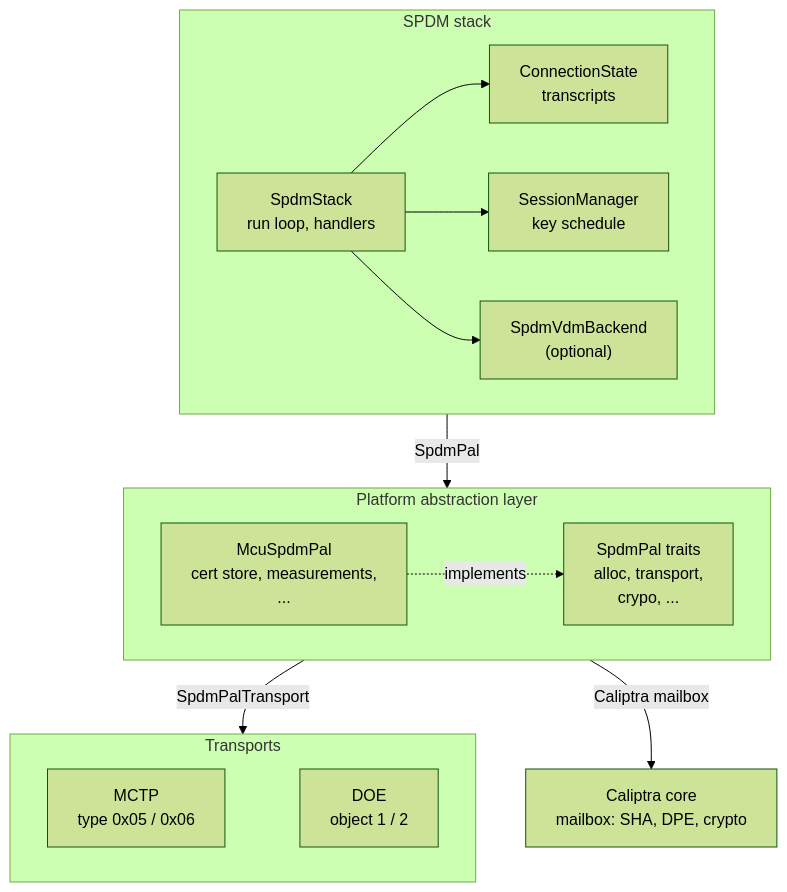
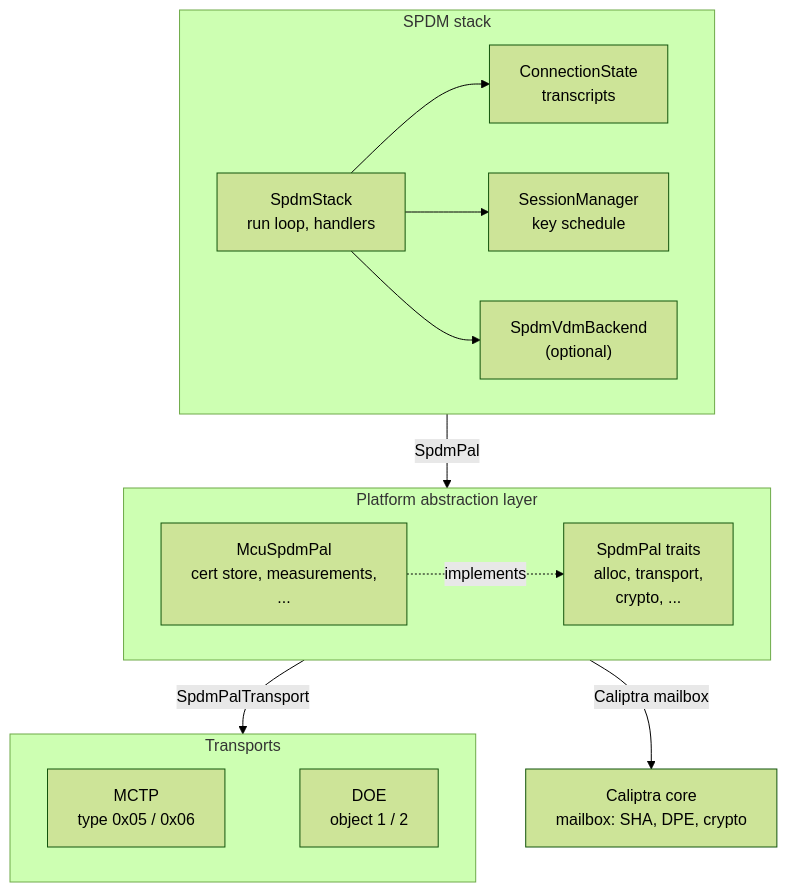
One commit to chipsalliance/caliptra-mcu-sw changed the second of 4 diagrams in docs/src/spdm.md. Above: the diagram before and after it, drawn with Mermaid (forest theme).

````diff
--- a/docs/src/spdm.md
+++ b/docs/src/spdm.md
@@ -74,33 +74,33 @@
 ```mermaid
 flowchart TB
     subgraph StackLayer["SPDM stack"]
         direction LR
         Stack["SpdmStack<br/>run loop, handlers"]
         Conn["ConnectionState<br/>transcripts"]
         Sess["SessionManager<br/>key schedule"]
         VDM["SpdmVdmBackend<br/>(optional)"]
         Stack --> Conn
         Stack --> Sess
         Stack --> VDM
     end
 
     subgraph PalLayer["Platform abstraction layer"]
         direction LR
         McuPal["McuSpdmPal<br/>cert store, measurements,<br/>..."]
-        PalTrait["SpdmPal traits<br/>alloc, transport,<br/> crypo, ..."]
+        PalTrait["SpdmPal traits<br/>alloc, transport,<br/> crypto, ..."]
         McuPal -. implements .-> PalTrait
     end
 
     subgraph TransportLayer["Transports"]
         direction LR
         MCTP["MCTP<br/>type 0x05 / 0x06"]
         DOE["DOE<br/>object 1 / 2"]
         MCTP ~~~ DOE
     end
 
     Caliptra["Caliptra core<br/>mailbox: SHA, DPE, crypto"]
 
     StackLayer -- "SpdmPal" --> PalLayer
     PalLayer -- "SpdmPalTransport" --> TransportLayer
     PalLayer -- "Caliptra mailbox" --> Caliptra
 ```
````
